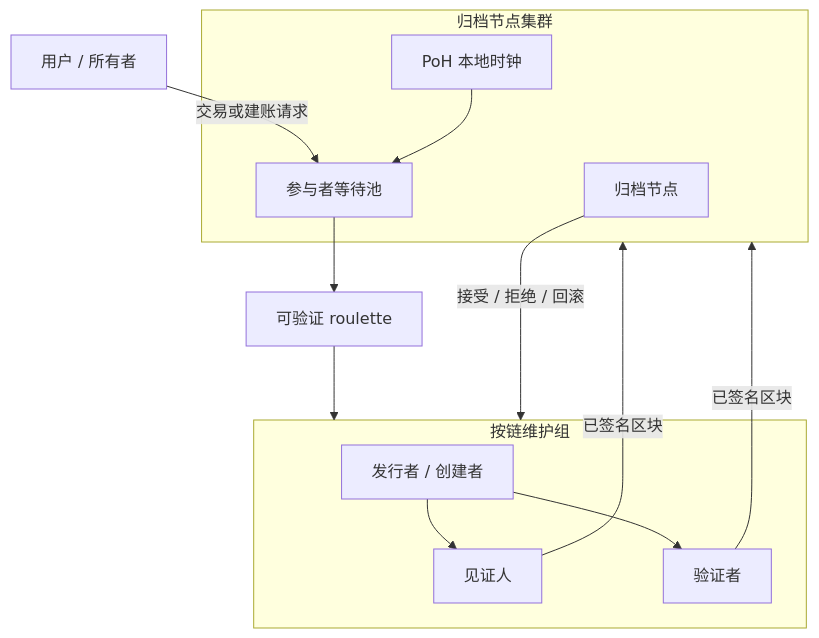
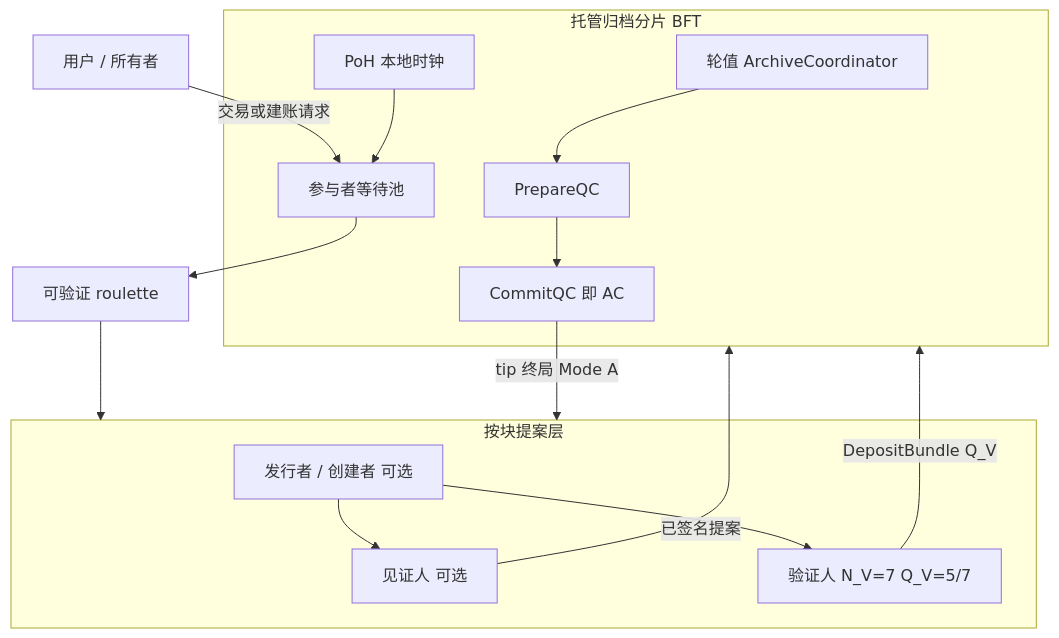
One commit to CoNET-project/CoNET-DLE changed the diagram in src/whitepaper/Decentralization Cluster multi-chain.zh-CN.md. Above: the diagram before and after it, drawn with Mermaid. The commit also changed other lines of this file and 1 other file, not shown here.

````diff
--- a/src/whitepaper/Decentralization Cluster multi-chain.zh-CN.md
+++ b/src/whitepaper/Decentralization Cluster multi-chain.zh-CN.md
@@ -456,24 +470,28 @@
 ```mermaid
 flowchart TB
-  subgraph ArchiveCluster["归档节点集群"]
-    A1[归档节点]
+  subgraph ArchiveShard["托管归档分片 BFT"]
+    Coord[轮值 ArchiveCoordinator]
+    Prep[PrepareQC]
+    AC[CommitQC 即 AC]
     PoH[PoH 本地时钟]
     Pool[参与者等待池]
   end
 
-  subgraph ChainGroup["按链维护组"]
-    I[发行者 / 创建者]
-    W[见证人]
-    V[验证者]
+  subgraph ChainGroup["按块提案层"]
+    I[发行者 / 创建者 可选]
+    W[见证人 可选]
+    V["验证人 N_V=7 Q_V=5/7"]
   end
 
   User[用户 / 所有者] -->|交易或建账请求| Pool
   Pool --> Roulette[可验证 roulette]
   Roulette --> ChainGroup
   I --> W
   I --> V
-  W -->|已签名区块| ArchiveCluster
-  V -->|已签名区块| ArchiveCluster
-  A1 -->|接受 / 拒绝 / 回滚| ChainGroup
+  W -->|已签名提案| ArchiveShard
+  V -->|DepositBundle Q_V| ArchiveShard
+  Coord --> Prep
+  Prep --> AC
+  AC -->|tip 终局 Mode A| ChainGroup
   PoH --> Pool
 ```
````
